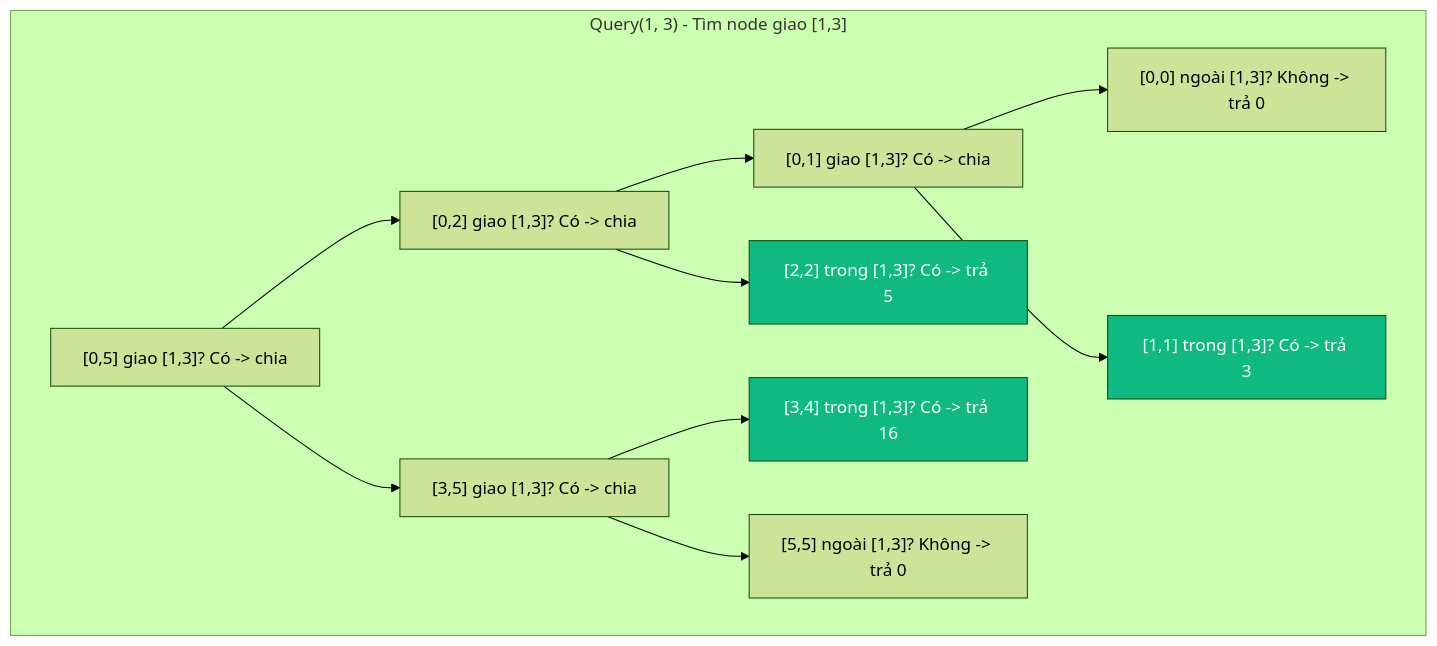
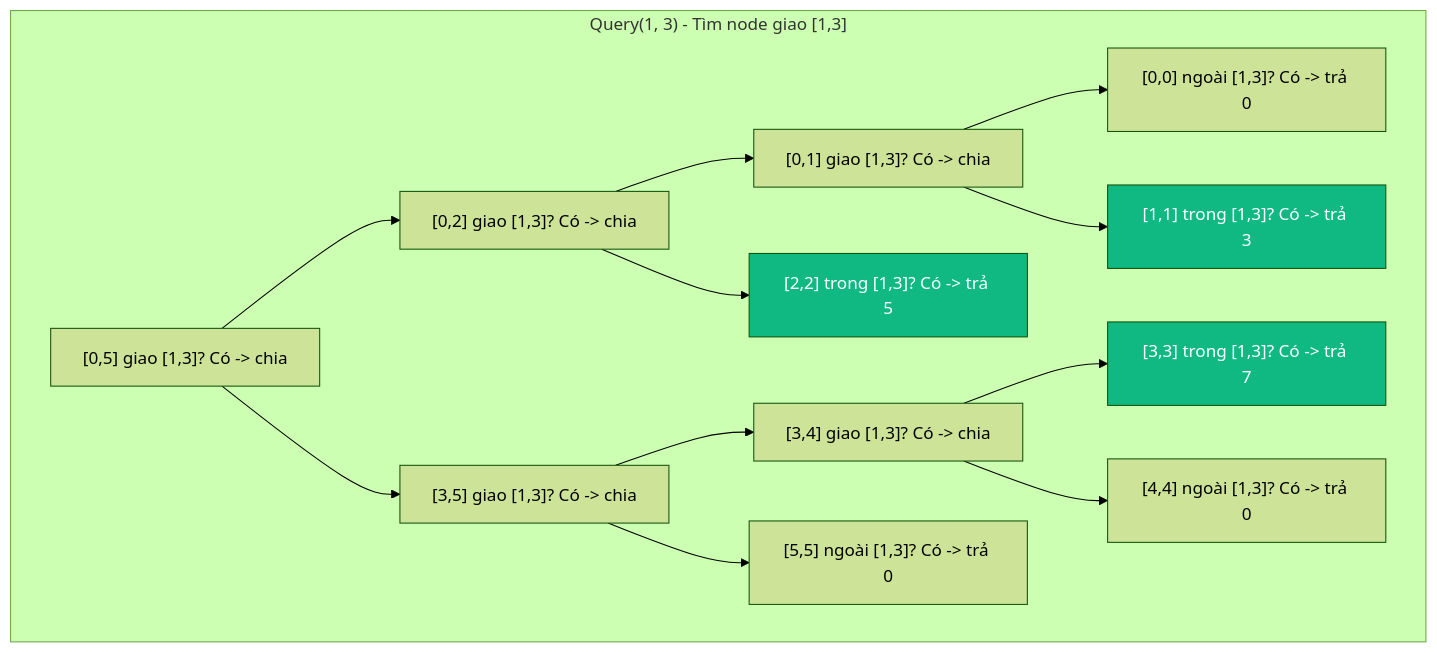
Before and after one commit to maitieubao/VisualizationDSA: the third of 3 diagrams in frontend/src/features/docs/content/trees/segment-tree.md, drawn with Mermaid (forest theme). The commit also changed other lines of this file and 598 other files, not shown here.

````diff
--- a/frontend/src/features/docs/content/trees/segment-tree.md
+++ b/frontend/src/features/docs/content/trees/segment-tree.md
@@ -353,27 +353,31 @@
 ```mermaid
 flowchart TB
     subgraph Query ["Query(1, 3) - Tìm node giao [1,3]"]
         Q0["[0,5] giao [1,3]? Có -> chia"]
         Q1["[0,2] giao [1,3]? Có -> chia"]
         Q2["[3,5] giao [1,3]? Có -> chia"]
         Q3["[0,1] giao [1,3]? Có -> chia"]
         Q4["[2,2] trong [1,3]? Có -> trả 5"]
-        Q5["[3,4] trong [1,3]? Có -> trả 16"]
-        Q6["[5,5] ngoài [1,3]? Không -> trả 0"]
-        Q7["[0,0] ngoài [1,3]? Không -> trả 0"]
+        Q5["[3,4] giao [1,3]? Có -> chia"]
+        Q6["[5,5] ngoài [1,3]? Có -> trả 0"]
+        Q7["[0,0] ngoài [1,3]? Có -> trả 0"]
         Q8["[1,1] trong [1,3]? Có -> trả 3"]
-        
+        Q9["[3,3] trong [1,3]? Có -> trả 7"]
+        Q10["[4,4] ngoài [1,3]? Có -> trả 0"]
+
         Q0 --> Q1
         Q0 --> Q2
         Q1 --> Q3
         Q1 --> Q4
         Q2 --> Q5
         Q2 --> Q6
         Q3 --> Q7
         Q3 --> Q8
-        
+        Q5 --> Q9
+        Q5 --> Q10
+
         style Q4 fill:#10b981,color:#fff
         style Q8 fill:#10b981,color:#fff
-        style Q5 fill:#10b981,color:#fff
+        style Q9 fill:#10b981,color:#fff
     end
 ```
````
